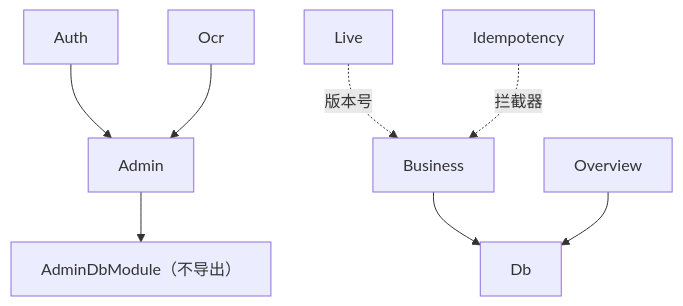
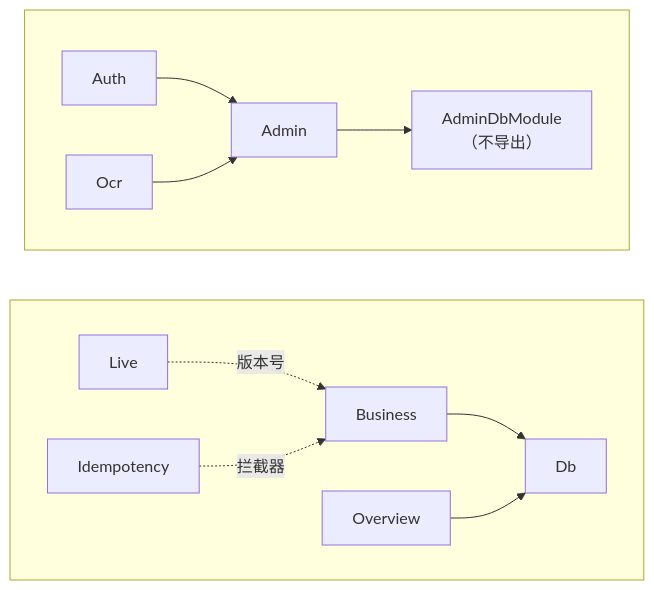
Before and after one commit to jarvis-pro/hatch-shelf: the second of 2 diagrams in books/system-design/01-modular-monolith.md, drawn with Mermaid. The commit also changed other lines of this file and 432 other files, not shown here.

````diff
--- a/books/system-design/01-modular-monolith.md
+++ b/books/system-design/01-modular-monolith.md
@@ -135,10 +136,15 @@
 ```mermaid
 flowchart TD
-  Auth --> Admin
-  Ocr --> Admin
-  Business --> Db
-  Overview --> Db
-  Admin --> AdminDb["AdminDbModule（不导出）"]
-  Live -.->|版本号| Business
-  Idempotency -.->|拦截器| Business
+  subgraph ADM[" "]
+    Auth --> Admin
+    Ocr --> Admin
+    Admin --> AdminDb["AdminDbModule<br/>（不导出）"]
+  end
+  subgraph BIZ[" "]
+    Live -.->|版本号| Business
+    Idempotency -.->|拦截器| Business
+    Business --> Db
+    Overview --> Db
+  end
+  ADM ~~~ BIZ
 ```
````
